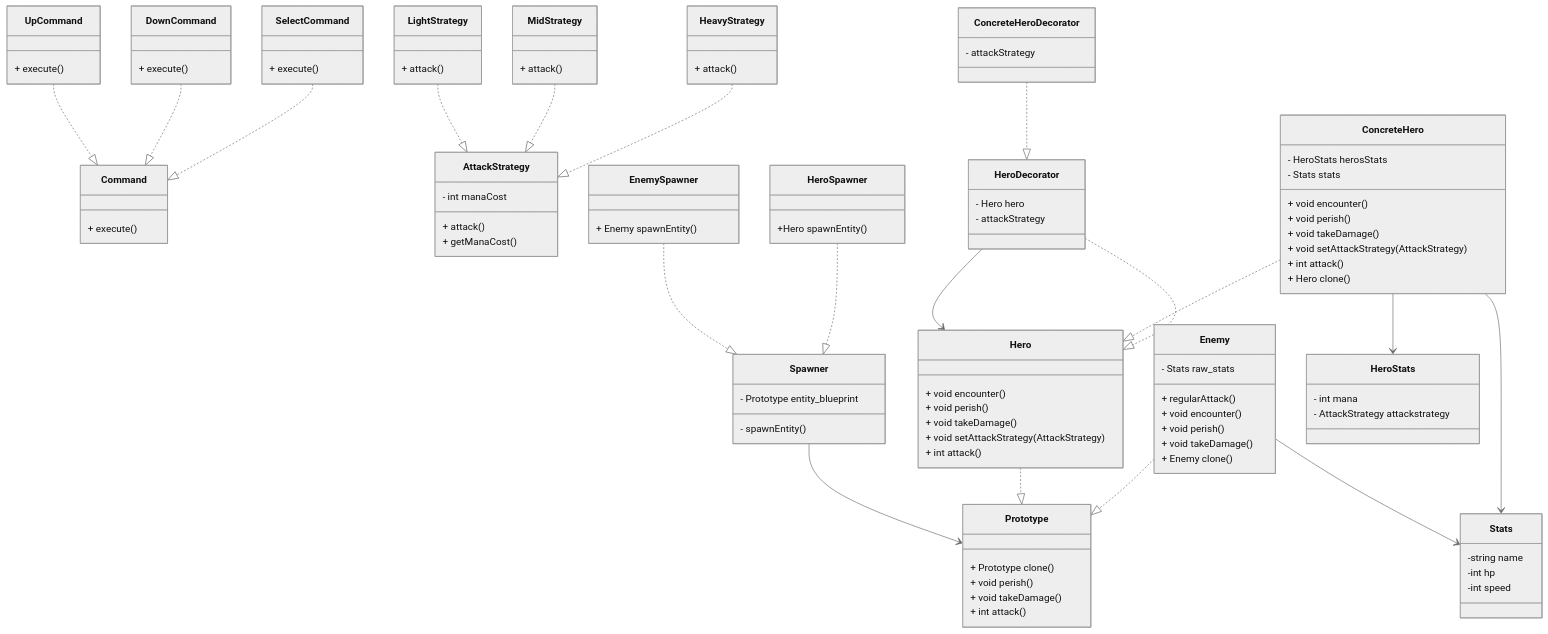
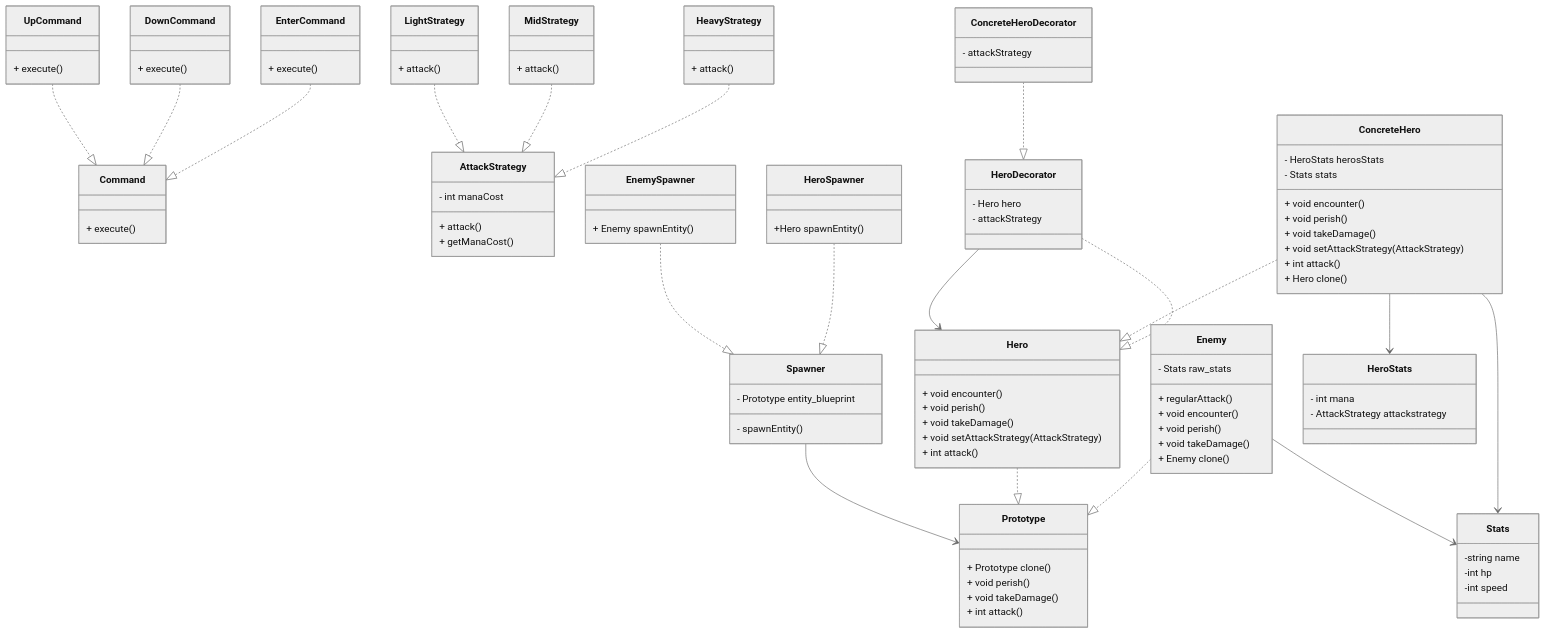
The diagram in README.md (Frank0125/Finally-Fantastic), drawn with Mermaid (neutral theme) before and after one commit. The commit also changed 4 other files, not shown here.

```diff
--- a/README.md
+++ b/README.md
@@ -37,7 +37,7 @@
         + execute()
     }
     
-    class SelectCommand {
+    class EnterCommand {
         + execute()
     }
 
@@ -138,7 +138,7 @@
     %% Herencia
     UpCommand ..|> Command
     DownCommand ..|> Command
-    SelectCommand ..|> Command
+    EnterCommand ..|> Command
     LightStrategy ..|> AttackStrategy
     MidStrategy ..|> AttackStrategy
     HeavyStrategy ..|> AttackStrategy
```
